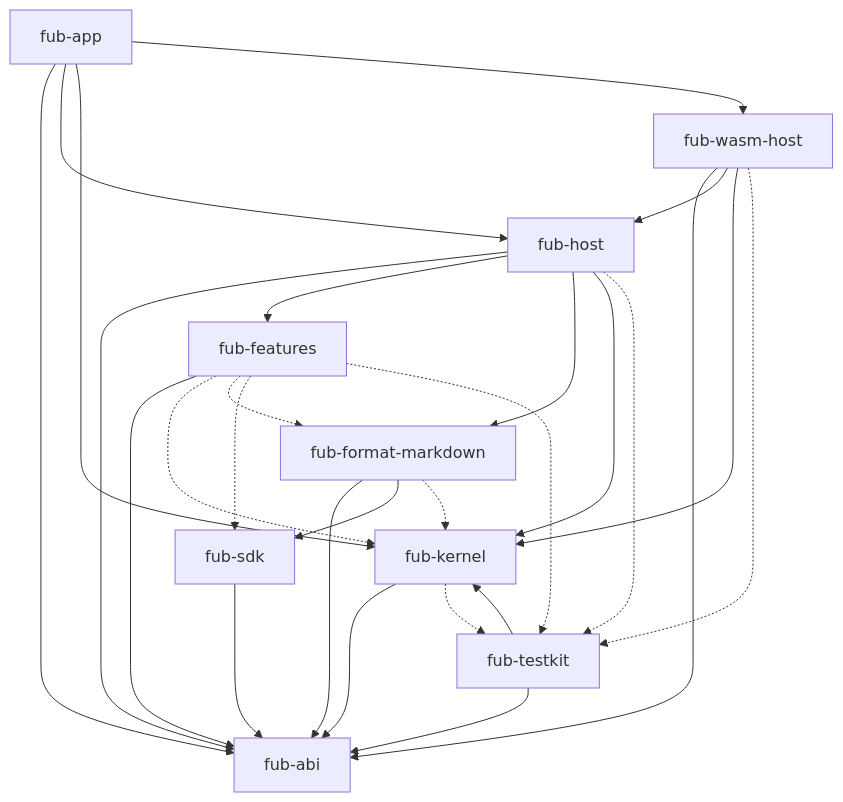
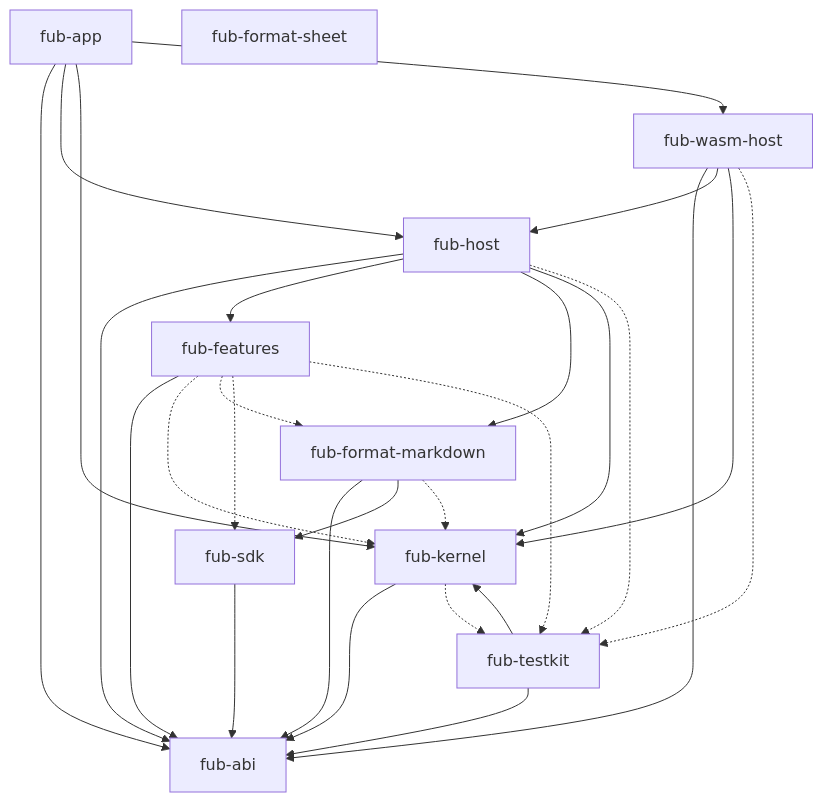
The first of 2 diagrams in docs/architecture/overview.md (Fubeo/Fub), drawn with Mermaid before and after one commit.

Commit message:
docs(architecture): map fubsheet crate

````diff
--- a/docs/architecture/overview.md
+++ b/docs/architecture/overview.md
@@ -28,43 +28,44 @@
 ```mermaid
 flowchart TD
     %% @grafo-dipendenze
     %% Questo blocco è confrontato con cargo metadata da dependency_invariant.rs.
 
     app["fub-app"]
     host["fub-host"]
     features["fub-features"]
     markdown["fub-format-markdown"]
+    sheet["fub-format-sheet"]
     wasmhost["fub-wasm-host"]
     sdk["fub-sdk"]
     testkit["fub-testkit"]
     kernel["fub-kernel"]
     abi["fub-abi"]
 
     app --> abi
     app --> host
     app --> kernel
     app --> wasmhost
     host --> abi
     host --> features
     host --> markdown
     host --> kernel
     features --> abi
     markdown --> abi
     markdown --> sdk
     wasmhost --> abi
     wasmhost --> host
     wasmhost --> kernel
     kernel --> abi
     sdk --> abi
     testkit --> abi
     testkit --> kernel
 
     features -.-> kernel
     features -.-> markdown
     features -.-> sdk
     features -.-> testkit
     markdown -.-> kernel
     kernel -.-> testkit
     host -.-> testkit
     wasmhost -.-> testkit
 ```
````
